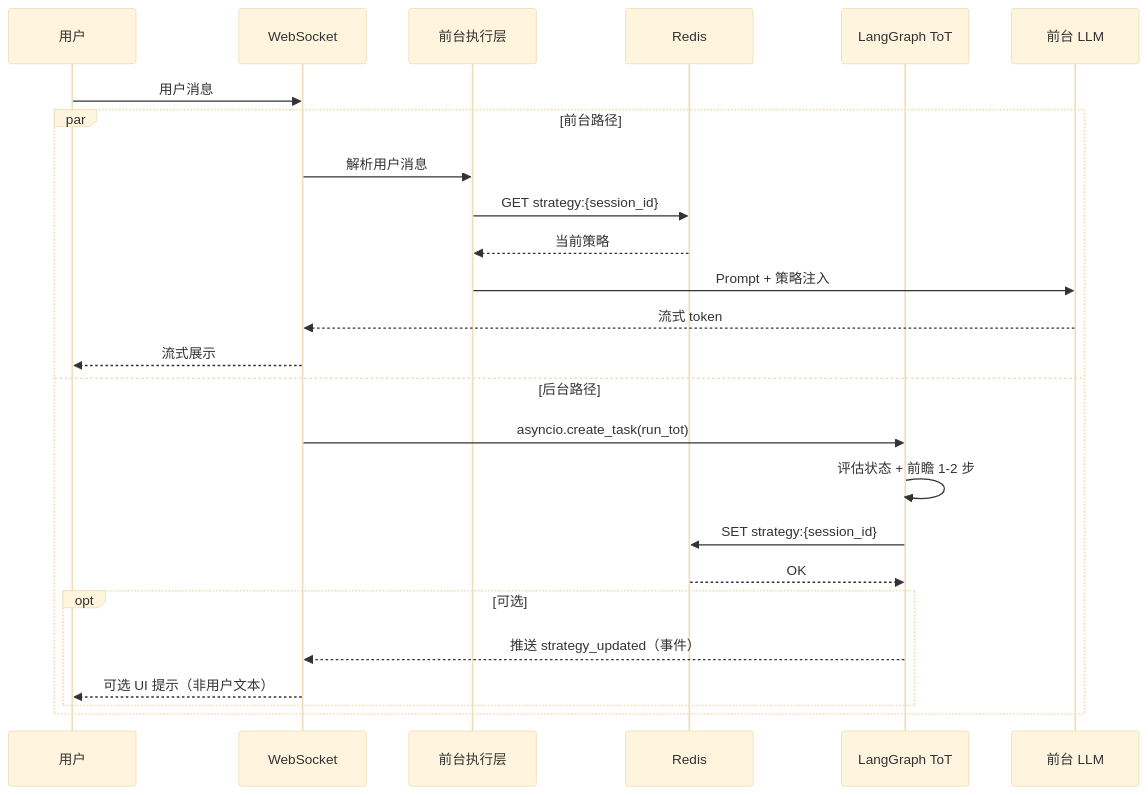
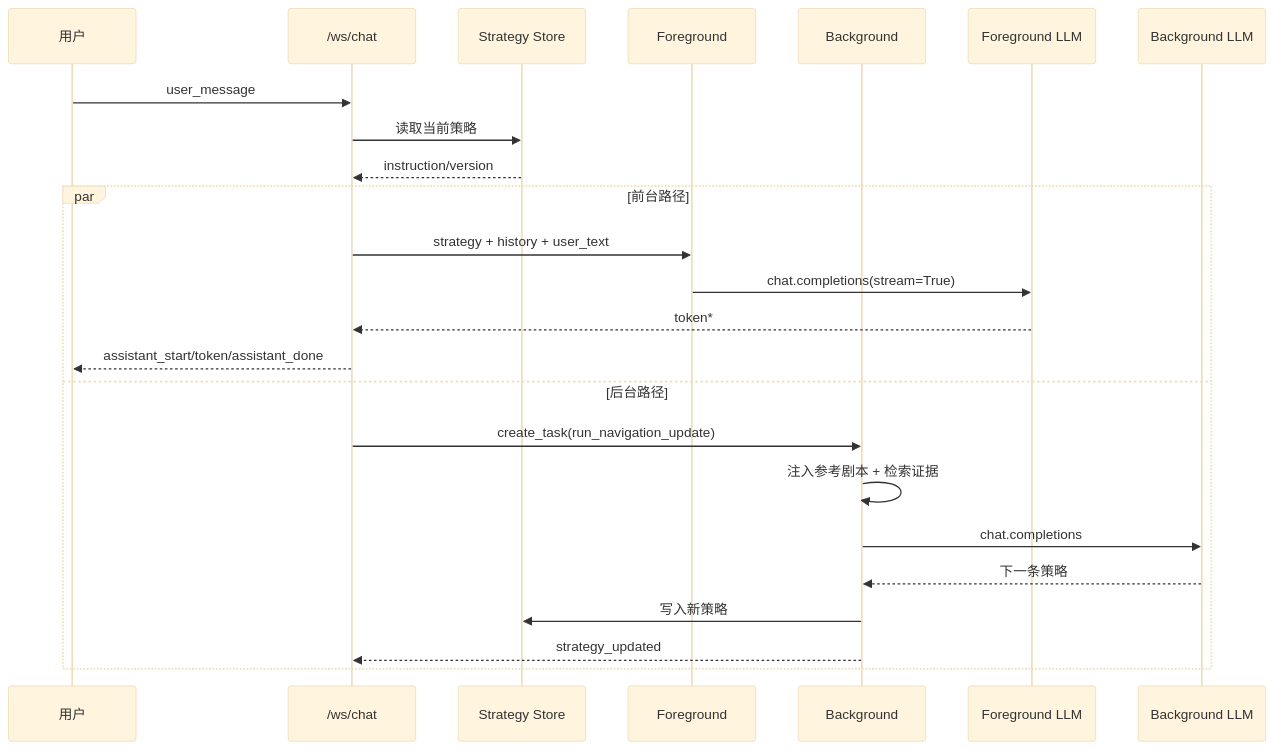
Before and after one commit to orapie/tot_rec: the second of 2 diagrams in docs/ARCHITECTURE.md, drawn with Mermaid (base theme). The commit also changed other lines of this file and 2 other files, not shown here.

````diff
--- a/docs/ARCHITECTURE.md
+++ b/docs/ARCHITECTURE.md
@@ -87,28 +47,28 @@
 ```mermaid
 sequenceDiagram
-    participant U as 用户
-    participant WS as WebSocket
-    participant FG as 前台执行层
-    participant R as Redis
-    participant BG as LangGraph ToT
-    participant LLM as 前台 LLM
+    participant User as 用户
+    participant WS as /ws/chat
+    participant Store as Strategy Store
+    participant FG as Foreground
+    participant BG as Background
+    participant LLMF as Foreground LLM
+    participant LLMB as Background LLM
 
-    U->>WS: 用户消息
+    User->>WS: user_message
+    WS->>Store: 读取当前策略
+    Store-->>WS: instruction/version
+
     par 前台路径
-        WS->>FG: 解析用户消息
-        FG->>R: GET strategy:{session_id}
-        R-->>FG: 当前策略
-        FG->>LLM: Prompt + 策略注入
-        LLM-->>WS: 流式 token
-        WS-->>U: 流式展示
+        WS->>FG: strategy + history + user_text
+        FG->>LLMF: chat.completions(stream=True)
+        LLMF-->>WS: token*
+        WS-->>User: assistant_start/token/assistant_done
     and 后台路径
-        WS->>BG: asyncio.create_task(run_tot)
-        BG->>BG: 评估状态 + 前瞻 1-2 步
-        BG->>R: SET strategy:{session_id}
-        R-->>BG: OK
-        opt 可选
-            BG-->>WS: 推送 strategy_updated（事件）
-            WS-->>U: 可选 UI 提示（非用户文本）
-        end
+        WS->>BG: create_task(run_navigation_update)
+        BG->>BG: 注入参考剧本 + 检索证据
+        BG->>LLMB: chat.completions
+        LLMB-->>BG: 下一条策略
+        BG->>Store: 写入新策略
+        BG-->>WS: strategy_updated
     end
 ```
````
